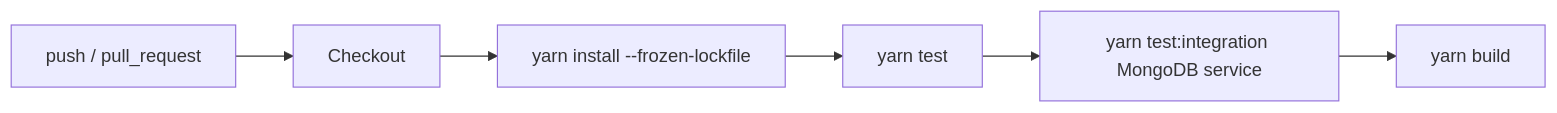
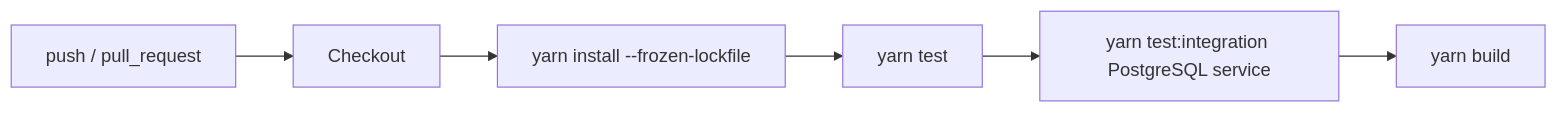
Before and after one commit to tech-challenge-pos-fiap-debora/app: the first of 2 diagrams in docs/diagrams/cicd-deploy.md, drawn with Mermaid. The commit also changed other lines of this file and 12 other files, not shown here.

````diff
--- a/docs/diagrams/cicd-deploy.md
+++ b/docs/diagrams/cicd-deploy.md
@@ -15,8 +15,8 @@
 ```mermaid
 flowchart LR
     Trigger["push / pull_request"] --> Checkout["Checkout"]
     Checkout --> Install["yarn install --frozen-lockfile"]
     Install --> Unit["yarn test"]
-    Unit --> Integration["yarn test:integration MongoDB service"]
+    Unit --> Integration["yarn test:integration PostgreSQL service"]
     Integration --> Build["yarn build"]
 ```
````
